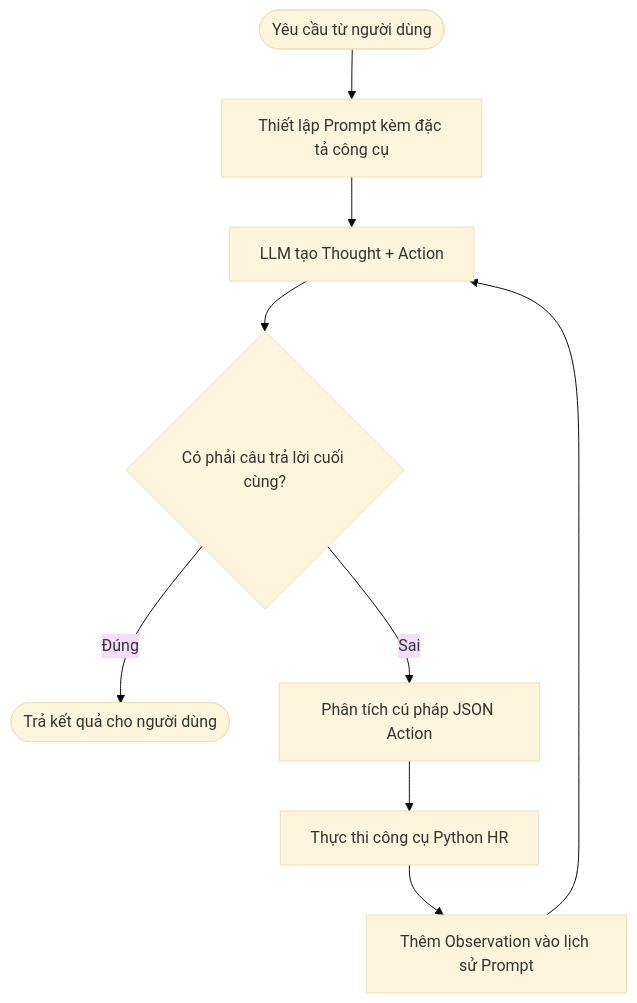
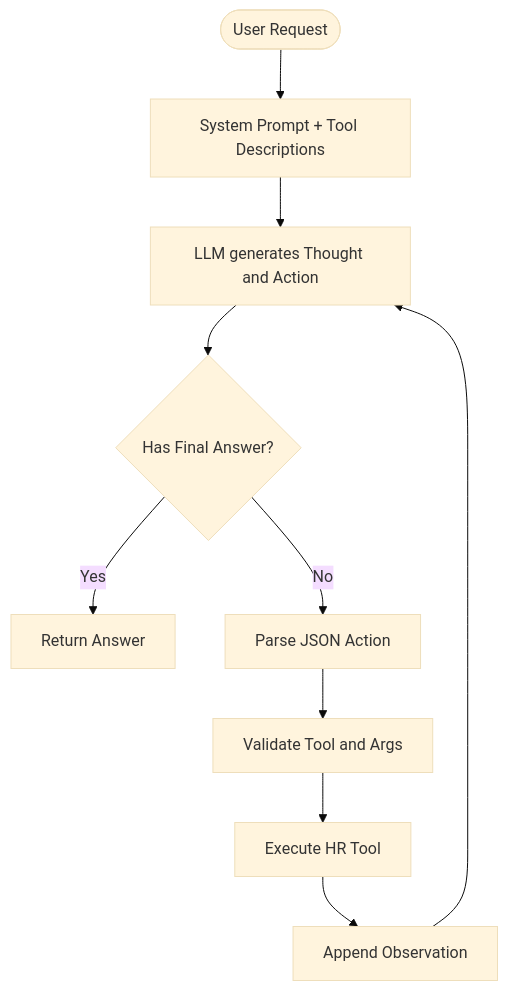
The diagram in report/group_report/GROUP_REPORT.md (NMH280203/GR_B6-Day-3-Lab-Chatbot-vs-react-agent), drawn with Mermaid (base theme) before and after one commit. The commit also changed other lines of this file and 1 other file, not shown here.

````diff
--- a/report/group_report/GROUP_REPORT.md
+++ b/report/group_report/GROUP_REPORT.md
@@ -25,11 +25,12 @@
 ```mermaid
 graph TD
-    User([Yêu cầu từ người dùng]) --> Prompt[Thiết lập Prompt kèm đặc tả công cụ]
-    Prompt --> Gen[LLM tạo Thought + Action]
-    Gen --> Parse{Có phải câu trả lời cuối cùng?}
-    Parse -- Đúng --> Return([Trả kết quả cho người dùng])
-    Parse -- Sai --> ParseAction[Phân tích cú pháp JSON Action]
-    ParseAction --> Exec[Thực thi công cụ Python HR]
-    Exec --> Obs[Thêm Observation vào lịch sử Prompt]
-    Obs --> Gen
+    User([User Request]) --> Prompt[System Prompt + Tool Descriptions]
+    Prompt --> LLM[LLM generates Thought and Action]
+    LLM --> Final{Has Final Answer?}
+    Final -- Yes --> Answer[Return Answer]
+    Final -- No --> Parse[Parse JSON Action]
+    Parse --> Validate[Validate Tool and Args]
+    Validate --> Tool[Execute HR Tool]
+    Tool --> Obs[Append Observation]
+    Obs --> LLM
 ```
````
